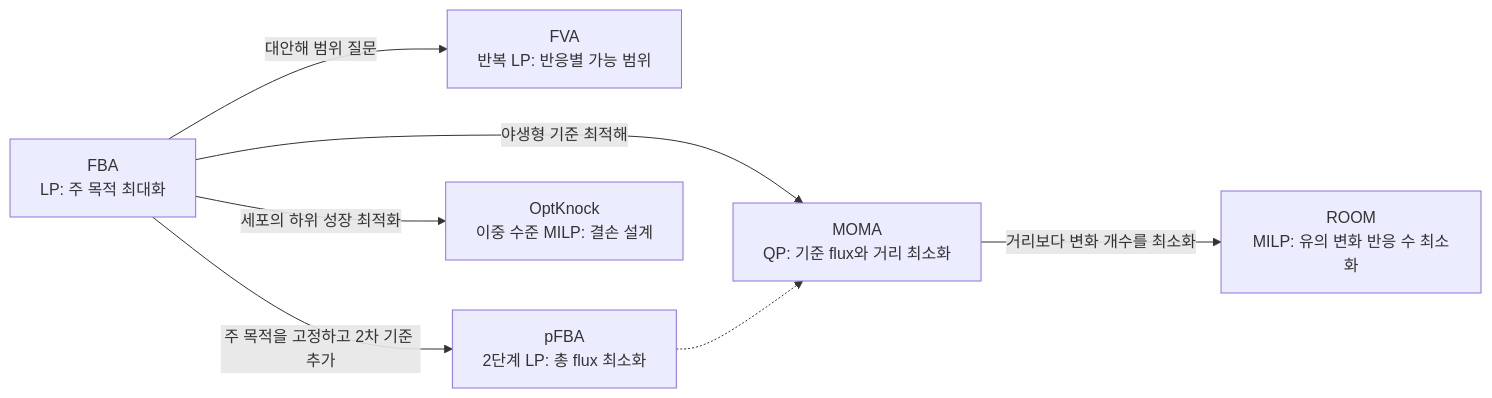
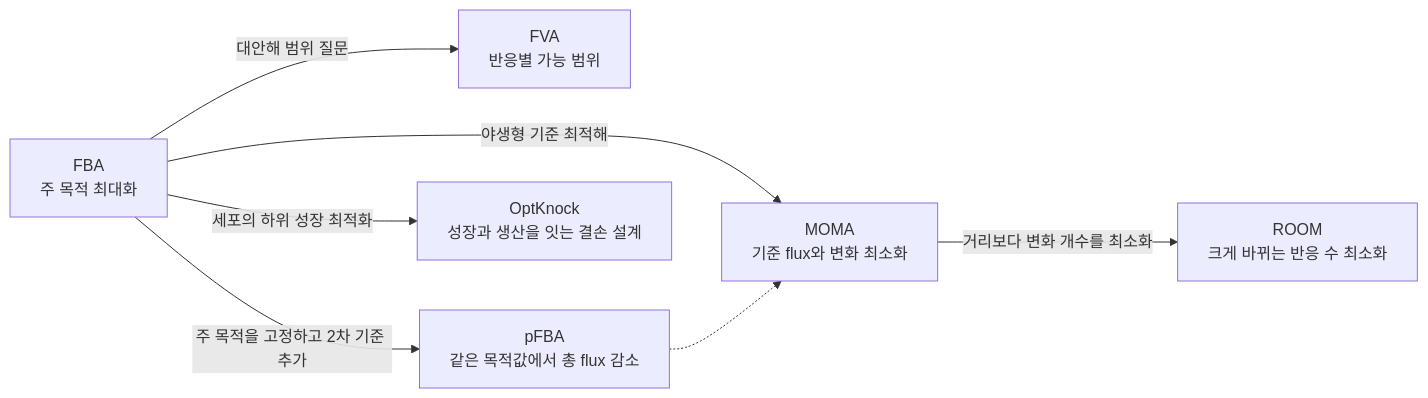
One commit to jyryu3161/ebook_metabolic_modeling changed the diagram in landmark-papers.md. Above: the diagram before and after it, drawn with Mermaid. The commit also changed other lines of this file and 370 other files, not shown here.

````diff
--- a/landmark-papers.md
+++ b/landmark-papers.md
@@ -28,16 +28,16 @@
 ```mermaid
 flowchart LR
-    FBA["FBA<br/>LP: 주 목적 최대화"]
-    FVA["FVA<br/>반복 LP: 반응별 가능 범위"]
-    PFBA["pFBA<br/>2단계 LP: 총 flux 최소화"]
-    MOMA["MOMA<br/>QP: 기준 flux와 거리 최소화"]
-    ROOM["ROOM<br/>MILP: 유의 변화 반응 수 최소화"]
-    OK["OptKnock<br/>이중 수준 MILP: 결손 설계"]
+    FBA["FBA<br/>주 목적 최대화"]
+    FVA["FVA<br/>반응별 가능 범위"]
+    PFBA["pFBA<br/>같은 목적값에서 총 flux 감소"]
+    MOMA["MOMA<br/>기준 flux와 변화 최소화"]
+    ROOM["ROOM<br/>크게 바뀌는 반응 수 최소화"]
+    OK["OptKnock<br/>성장과 생산을 잇는 결손 설계"]
 
     FBA -->|"대안해 범위 질문"| FVA
     FBA -->|"주 목적을 고정하고 2차 기준 추가"| PFBA
     FBA -->|"야생형 기준 최적해"| MOMA
     PFBA -.-> MOMA
     MOMA -->|"거리보다 변화 개수를 최소화"| ROOM
     FBA -->|"세포의 하위 성장 최적화"| OK
 ```
````
